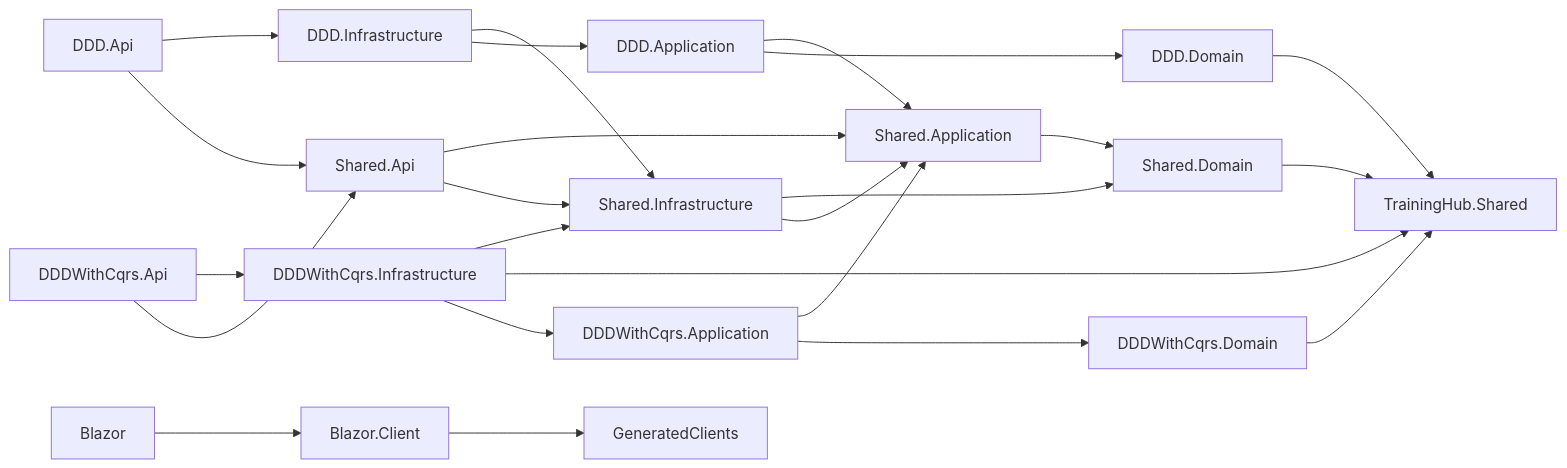
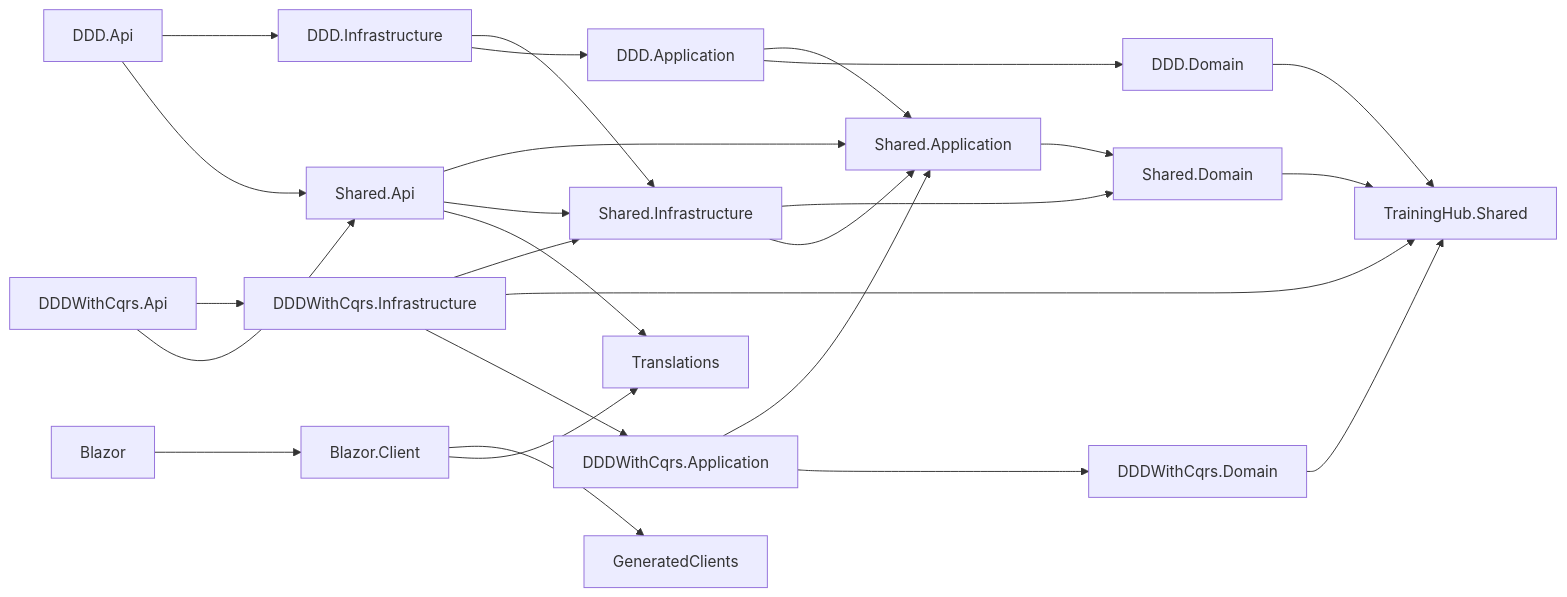
The second of 5 diagrams in README.md (maxime-poulain/BLRefactoring), drawn with Mermaid before and after one commit. The commit also changed other lines of this file and 46 other files, not shown here.

````diff
--- a/README.md
+++ b/README.md
@@ -176,49 +177,52 @@
 ```mermaid
 flowchart LR
     Kernel["TrainingHub.Shared"]
     Domain["Shared.Domain"]
     SharedApp["Shared.Application"]
     SharedInfra["Shared.Infrastructure"]
     SharedApi["Shared.Api"]
 
     DddDomain["DDD.Domain"]
     DddApp["DDD.Application"]
     DddInfra["DDD.Infrastructure"]
     DddApi["DDD.Api"]
 
     CqrsDomain["DDDWithCqrs.Domain"]
     CqrsApp["DDDWithCqrs.Application"]
     CqrsInfra["DDDWithCqrs.Infrastructure"]
     CqrsApi["DDDWithCqrs.Api"]
 
     Clients["GeneratedClients"]
+    Translations["Translations"]
     BlazorClient["Blazor.Client"]
     BlazorHost["Blazor"]
 
     Domain --> Kernel
     SharedApp --> Domain
     SharedInfra --> Domain
     SharedInfra --> SharedApp
     SharedApi --> SharedApp
     SharedApi --> SharedInfra
+    SharedApi --> Translations
 
     DddDomain --> Kernel
     DddApp --> SharedApp
     DddApp --> DddDomain
     DddInfra --> SharedInfra
     DddInfra --> DddApp
     DddApi --> DddInfra
     DddApi --> SharedApi
 
     CqrsDomain --> Kernel
     CqrsApp --> SharedApp
     CqrsApp --> CqrsDomain
     CqrsInfra --> SharedInfra
     CqrsInfra --> Kernel
     CqrsInfra --> CqrsApp
     CqrsApi --> CqrsInfra
     CqrsApi --> SharedApi
 
     BlazorClient --> Clients
+    BlazorClient --> Translations
     BlazorHost --> BlazorClient
 ```
````
